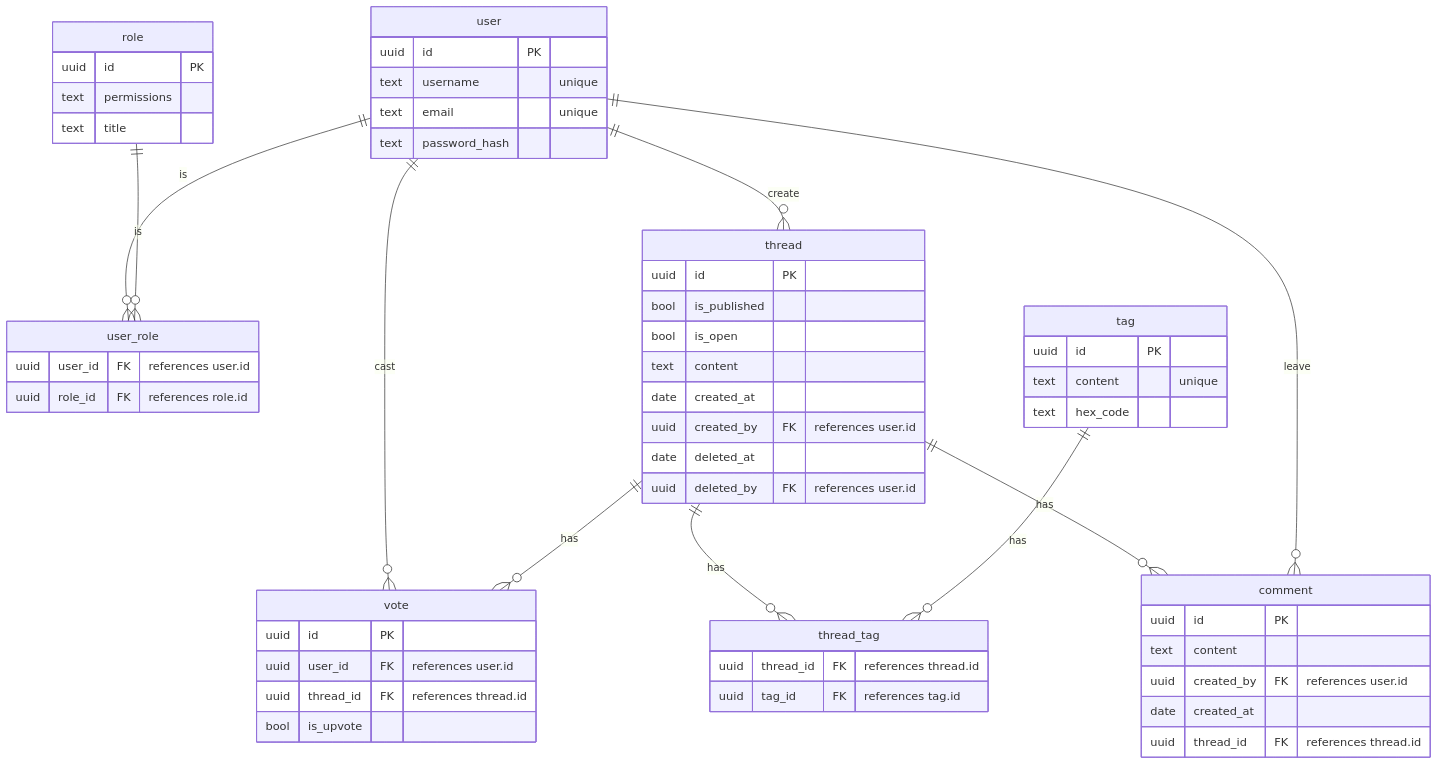
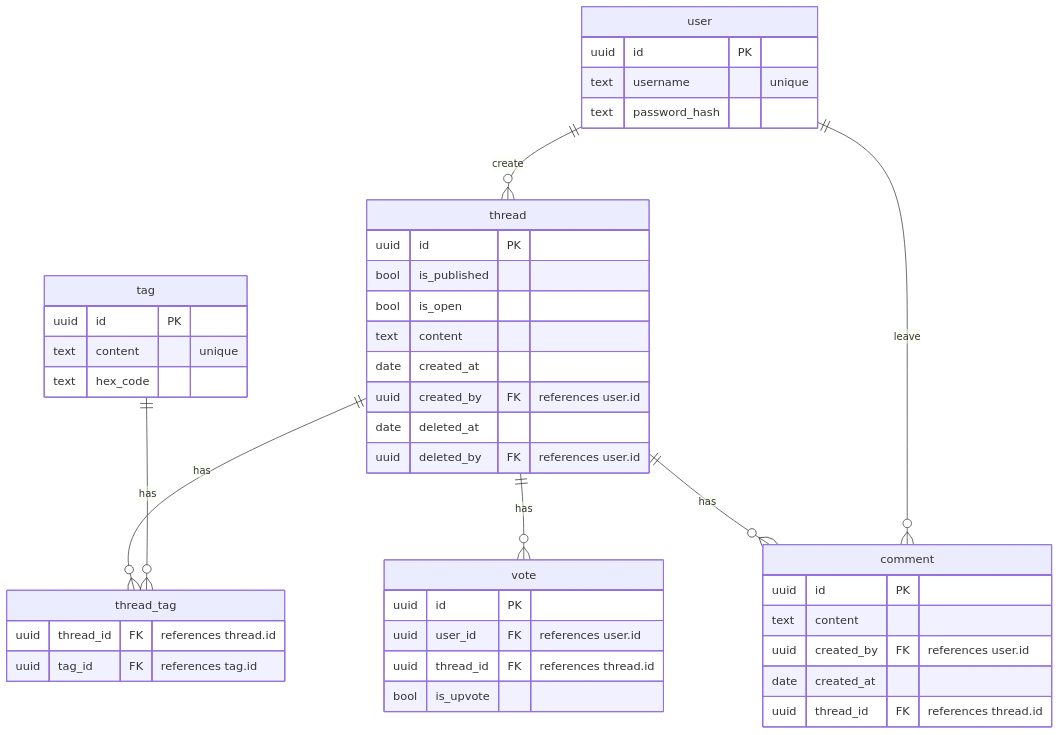
The diagram in hermes-backend/docs/database.md (woojiahao/hermes), drawn with Mermaid before and after one commit. The commit also changed 22 other files, not shown here.

````diff
--- a/hermes-backend/docs/database.md
+++ b/hermes-backend/docs/database.md
@@ -3,60 +3,47 @@
 ```mermaid
 erDiagram
   user {
     uuid id PK
     text username "unique"
-    text email "unique"
     text password_hash
-  }
-  user_role {
-    uuid user_id FK "references user.id"
-    uuid role_id FK "references role.id"
-  }
-  role {
-    uuid id PK
-    text permissions
-    text title
   }
   thread {
     uuid id PK
     bool is_published
     bool is_open
     text content
     date created_at
     uuid created_by FK "references user.id"
     date deleted_at
     uuid deleted_by FK "references user.id"
   }
   thread_tag {
     uuid thread_id FK "references thread.id"
     uuid tag_id FK "references tag.id"
   }
   tag {
     uuid id PK
     text content "unique"
     text hex_code
   }
   vote {
     uuid id PK
     uuid user_id FK "references user.id"
     uuid thread_id FK "references thread.id"
     bool is_upvote
   }
   comment {
     uuid id PK
     text content
     uuid created_by FK "references user.id"
     date created_at
     uuid thread_id FK "references thread.id"
   }
 
   thread ||--o{ thread_tag : has
   tag ||--o{ thread_tag : has
-  user ||--o{ user_role : is
-  role ||--o{ user_role : is
-  user ||--o{ vote : cast
   thread ||--o{ vote : has
   user ||--o{ thread : create
   thread ||--o{ comment : has
   user ||--o{ comment : leave
 ```
````
